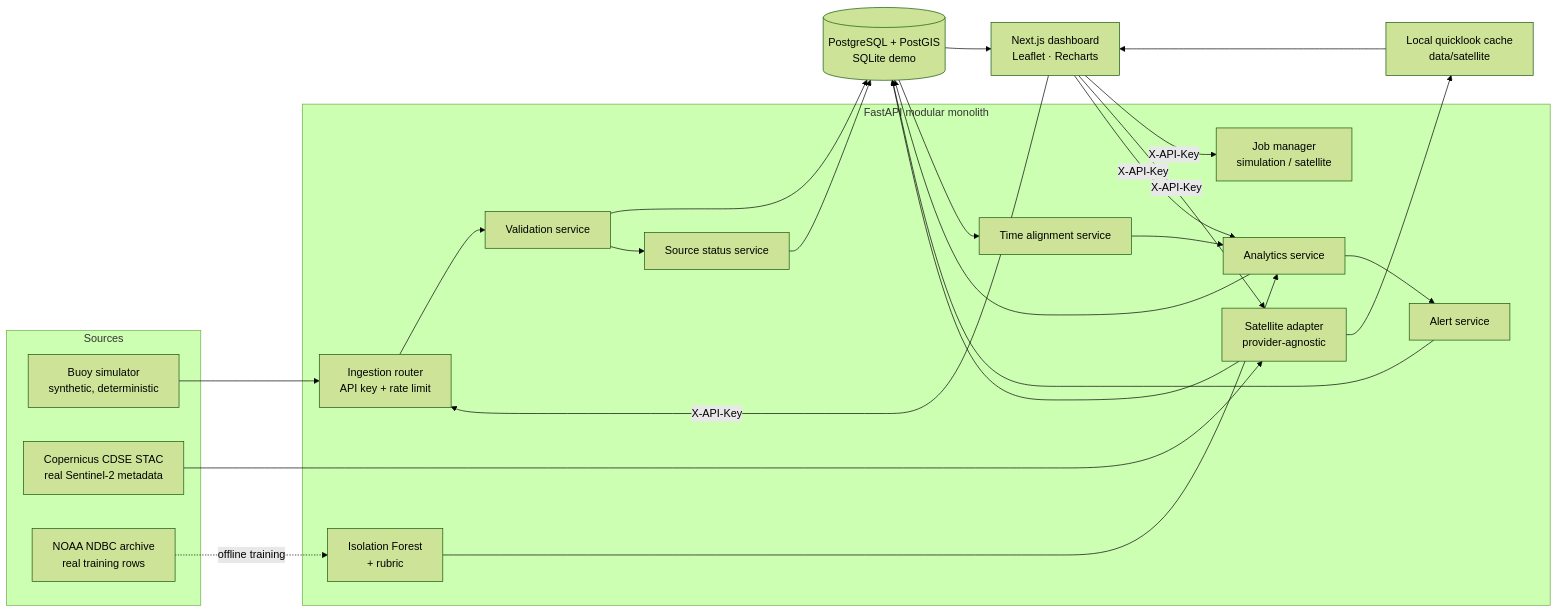
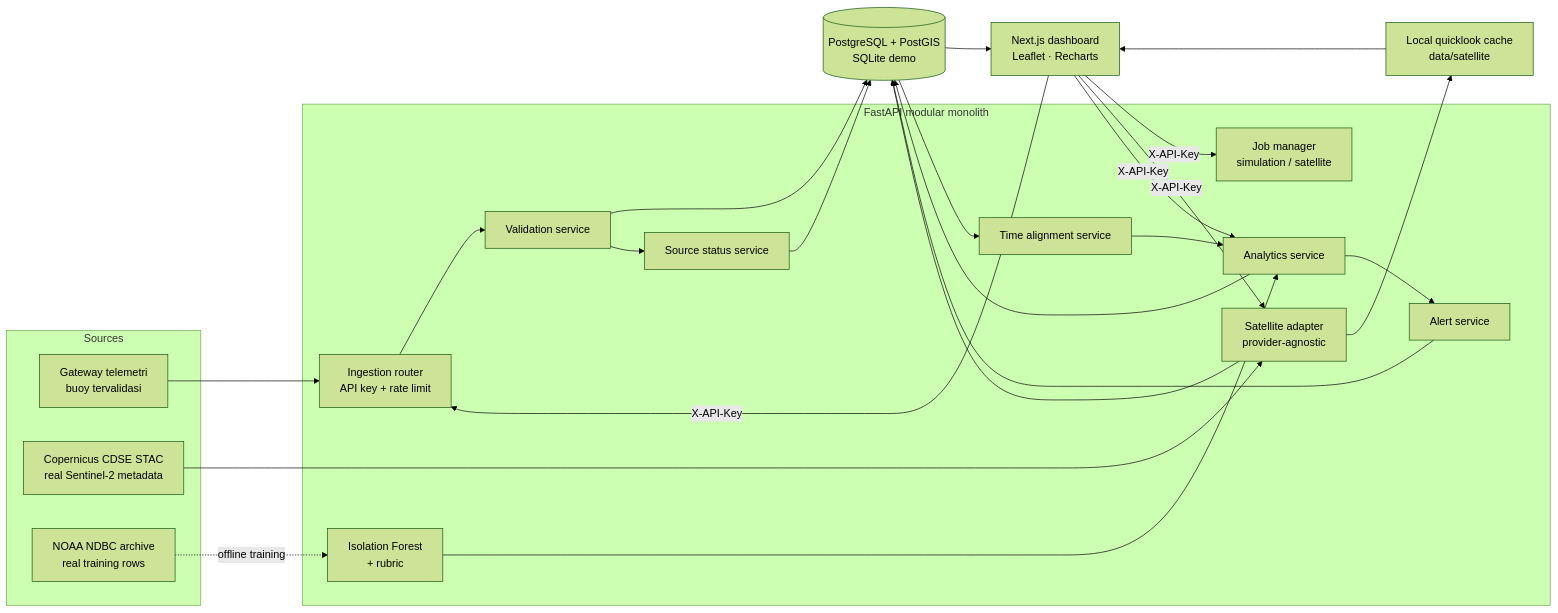
Before and after one commit to ahdikhfDev/PantauPesisir: the first of 5 diagrams in docs/ARCHITECTURE.md, drawn with Mermaid (forest theme). The commit also changed other lines of this file and 46 other files, not shown here.

````diff
--- a/docs/ARCHITECTURE.md
+++ b/docs/ARCHITECTURE.md
@@ -9,40 +9,40 @@
 ```mermaid
 flowchart LR
   subgraph Sources
-    SIM[Buoy simulator<br/>synthetic, deterministic]
+    SIM[Gateway telemetri<br/>buoy tervalidasi]
     STAC[Copernicus CDSE STAC<br/>real Sentinel-2 metadata]
     NDBC[NOAA NDBC archive<br/>real training rows]
   end
 
   subgraph Backend["FastAPI modular monolith"]
     ING[Ingestion router<br/>API key + rate limit]
     VAL[Validation service]
     TSP[Time alignment service]
     SAT[Satellite adapter<br/>provider-agnostic]
     JOB[Job manager<br/>simulation / satellite]
     ANA[Analytics service]
     ALR[Alert service]
     SRC[Source status service]
     ML[Isolation Forest<br/>+ rubric]
   end
 
   DB[(PostgreSQL + PostGIS<br/>SQLite demo)]
   CACHE[Local quicklook cache<br/>data/satellite]
   UI[Next.js dashboard<br/>Leaflet · Recharts]
 
   SIM --> ING
   ING --> VAL --> DB
   VAL --> SRC --> DB
   STAC --> SAT --> CACHE
   SAT --> DB
   NDBC -. offline training .-> ML
   DB --> TSP --> ANA
   CACHE --> UI
   ML --> ANA --> DB
   ANA --> ALR --> DB
   DB --> UI
   UI -- X-API-Key --> ING
   UI -- X-API-Key --> JOB
   UI -- X-API-Key --> SAT
   UI -- X-API-Key --> ANA
 ```
````
